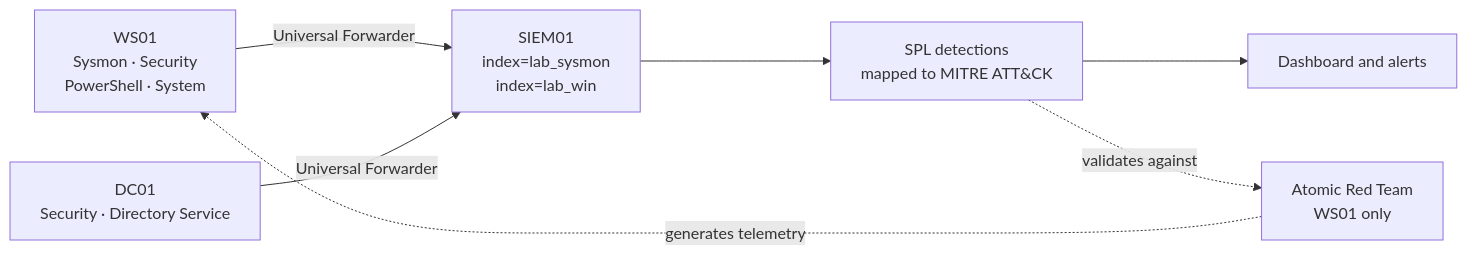
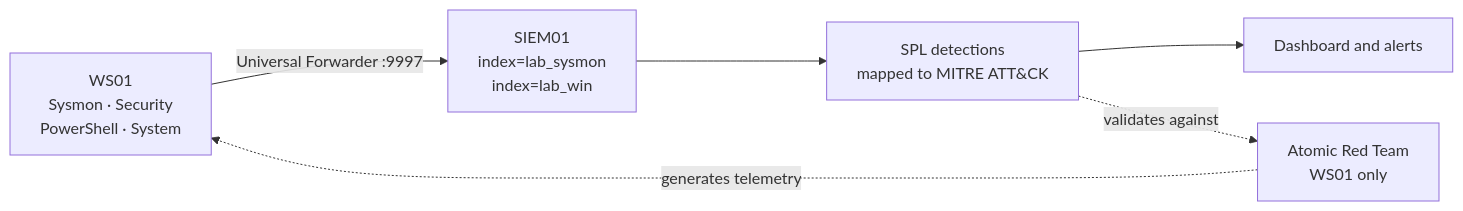
Before and after one commit to SamEmerson1/federal-homelab: the first of 2 diagrams in docs/network-diagram.md, drawn with Mermaid. The commit also changed other lines of this file and 3 other files, not shown here.

First line of the commit message:
README and architecture: reflect the live logging pipeline

````diff
--- a/docs/network-diagram.md
+++ b/docs/network-diagram.md
@@ -14,9 +15,8 @@
 ```mermaid
 flowchart LR
-    A["WS01<br/>Sysmon · Security<br/>PowerShell · System"] -->|"Universal Forwarder"| D["SIEM01<br/>index=lab_sysmon<br/>index=lab_win"]
-    B["DC01<br/>Security · Directory Service"] -->|"Universal Forwarder"| D
+    A["WS01<br/>Sysmon · Security<br/>PowerShell · System"] -->|"Universal Forwarder :9997"| D["SIEM01<br/>index=lab_sysmon<br/>index=lab_win"]
     D --> E["SPL detections<br/>mapped to MITRE ATT&CK"]
     E --> F["Dashboard and alerts"]
     G["Atomic Red Team<br/>WS01 only"] -.->|"generates telemetry"| A
     E -.->|"validates against"| G
 ```
````
